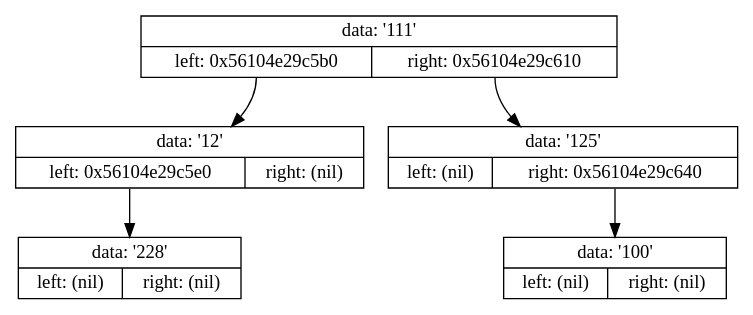
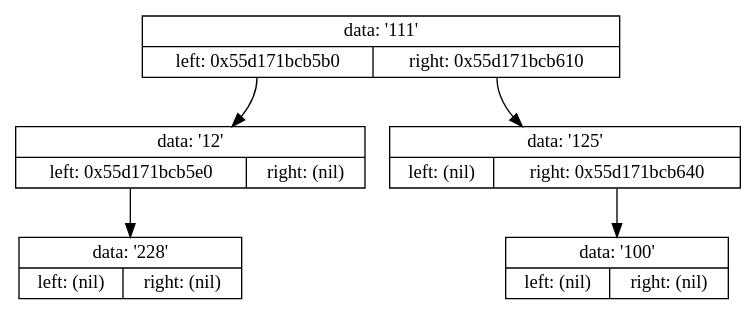
The diagram in Projects/6.Binary_Tree/tmp/tempautogeneratedlog.gv (Shishqa/MIPT_1sem_C_lang), drawn with Graphviz before and after one commit. The commit also changed 8 other files, not shown here.

```diff
--- a/Projects/6.Binary_Tree/tmp/tempautogeneratedlog.gv
+++ b/Projects/6.Binary_Tree/tmp/tempautogeneratedlog.gv
@@ -1,13 +1,13 @@
 digraph dump
 {
-	node0x56104e29c580 [shape = "record", label = "{<f1>data: '111'|{<f2>left: 0x56104e29c5b0|<f3>right: 0x56104e29c610}}"];
-	node0x56104e29c5b0 [shape = "record", label = "{<f1>data: '12'|{<f2>left: 0x56104e29c5e0|<f3>right: (nil)}}"];
-	node0x56104e29c5e0 [shape = "record", label = "{<f1>data: '228'|{<f2>left: (nil)|<f3>right: (nil)}}"];
-	node0x56104e29c5b0:f2 -> node0x56104e29c5e0
-	node0x56104e29c580:f2 -> node0x56104e29c5b0
-	node0x56104e29c610 [shape = "record", label = "{<f1>data: '125'|{<f2>left: (nil)|<f3>right: 0x56104e29c640}}"];
-	node0x56104e29c640 [shape = "record", label = "{<f1>data: '100'|{<f2>left: (nil)|<f3>right: (nil)}}"];
-	node0x56104e29c610:f3 -> node0x56104e29c640
-	node0x56104e29c580:f3 -> node0x56104e29c610
+	node0x55d171bcb580 [shape = "record", label = "{<f1>data: '111'|{<f2>left: 0x55d171bcb5b0|<f3>right: 0x55d171bcb610}}"];
+	node0x55d171bcb5b0 [shape = "record", label = "{<f1>data: '12'|{<f2>left: 0x55d171bcb5e0|<f3>right: (nil)}}"];
+	node0x55d171bcb5e0 [shape = "record", label = "{<f1>data: '228'|{<f2>left: (nil)|<f3>right: (nil)}}"];
+	node0x55d171bcb5b0:f2 -> node0x55d171bcb5e0
+	node0x55d171bcb580:f2 -> node0x55d171bcb5b0
+	node0x55d171bcb610 [shape = "record", label = "{<f1>data: '125'|{<f2>left: (nil)|<f3>right: 0x55d171bcb640}}"];
+	node0x55d171bcb640 [shape = "record", label = "{<f1>data: '100'|{<f2>left: (nil)|<f3>right: (nil)}}"];
+	node0x55d171bcb610:f3 -> node0x55d171bcb640
+	node0x55d171bcb580:f3 -> node0x55d171bcb610
 
 }
```
